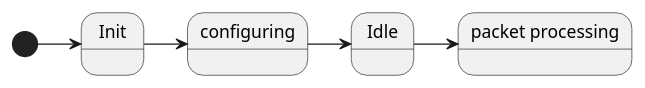
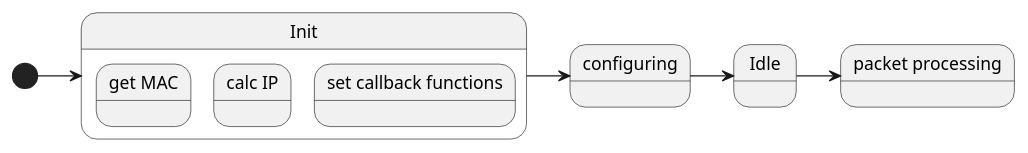
One commit to BrokuLP/Artnet changed the diagram in architecture/StateDiagram.plantuml. Above: the diagram before and after it, drawn with PlantUML.

Commit message:
started init process

```diff
--- a/architecture/StateDiagram.plantuml
+++ b/architecture/StateDiagram.plantuml
@@ -1,22 +1,25 @@
 @startuml StateDiagramm
 state "Init" as systemInit{
+    state "get MAC" as sysinit_getmac
+    state "calc IP" as sysinit_calcip
+    state "set callback functions" as sysinit_setcbfunc
 
 }
 state "Idle" as systemIdle{
 
 }
 state "packet processing" as packetProc{
 
 }
 state "configuring" as systemConf{
 
 }
 
 [*]  -> systemInit
 systemInit -> systemConf
 systemConf -> systemIdle
 systemIdle -> packetProc
 
 
 
 @enduml
```
